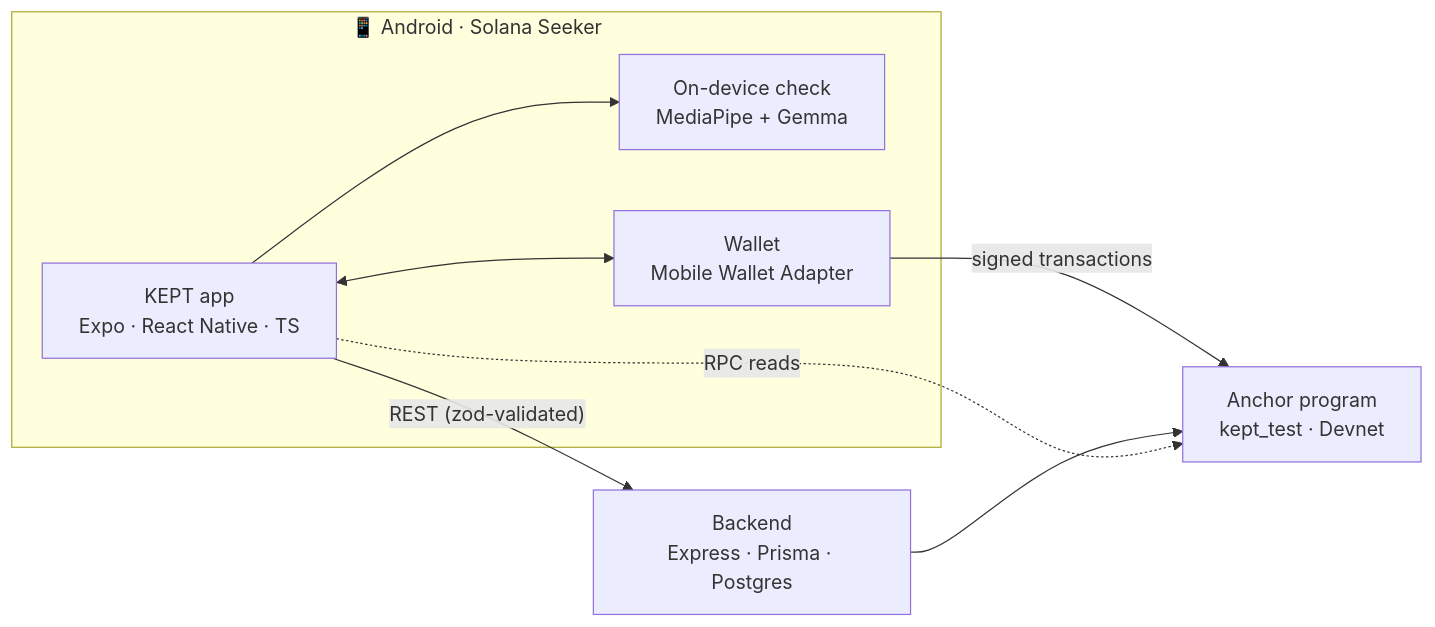
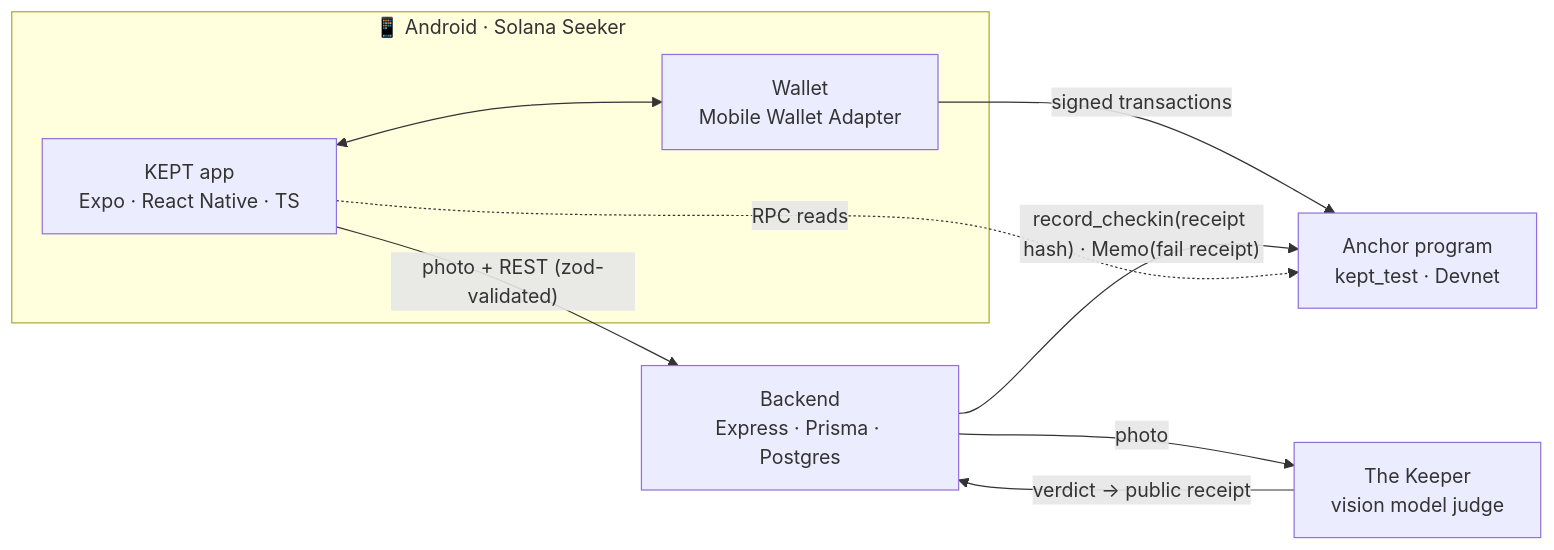
Before and after one commit to ekanshvcpkg/KEPT-DAPP: the diagram in README.md, drawn with Mermaid. The commit also changed other lines of this file, not shown here.

First line of the commit message:
README: the Keeper keeps receipts, our Devnet addresses and evidence

````diff
--- a/README.md
+++ b/README.md
@@ -127,14 +166,14 @@
 ```mermaid
 flowchart LR
   subgraph Phone["📱 Android · Solana Seeker"]
     App["KEPT app<br/>Expo · React Native · TS"]
-    AI["On-device check<br/>MediaPipe + Gemma"]
     Wallet["Wallet<br/>Mobile Wallet Adapter"]
-    App --> AI
     App <--> Wallet
   end
-  App -- "REST (zod-validated)" --> API["Backend<br/>Express · Prisma · Postgres"]
+  App -- "photo + REST (zod-validated)" --> API["Backend<br/>Express · Prisma · Postgres"]
+  API -- "photo" --> Keeper["The Keeper<br/>vision model judge"]
+  Keeper -- "verdict → public receipt" --> API
   Wallet -- "signed transactions" --> Program["Anchor program<br/>kept_test · Devnet"]
-  API --> Program
+  API -- "record_checkin(receipt hash) · Memo(fail receipt)" --> Program
   App -. "RPC reads" .-> Program
 ```
````
